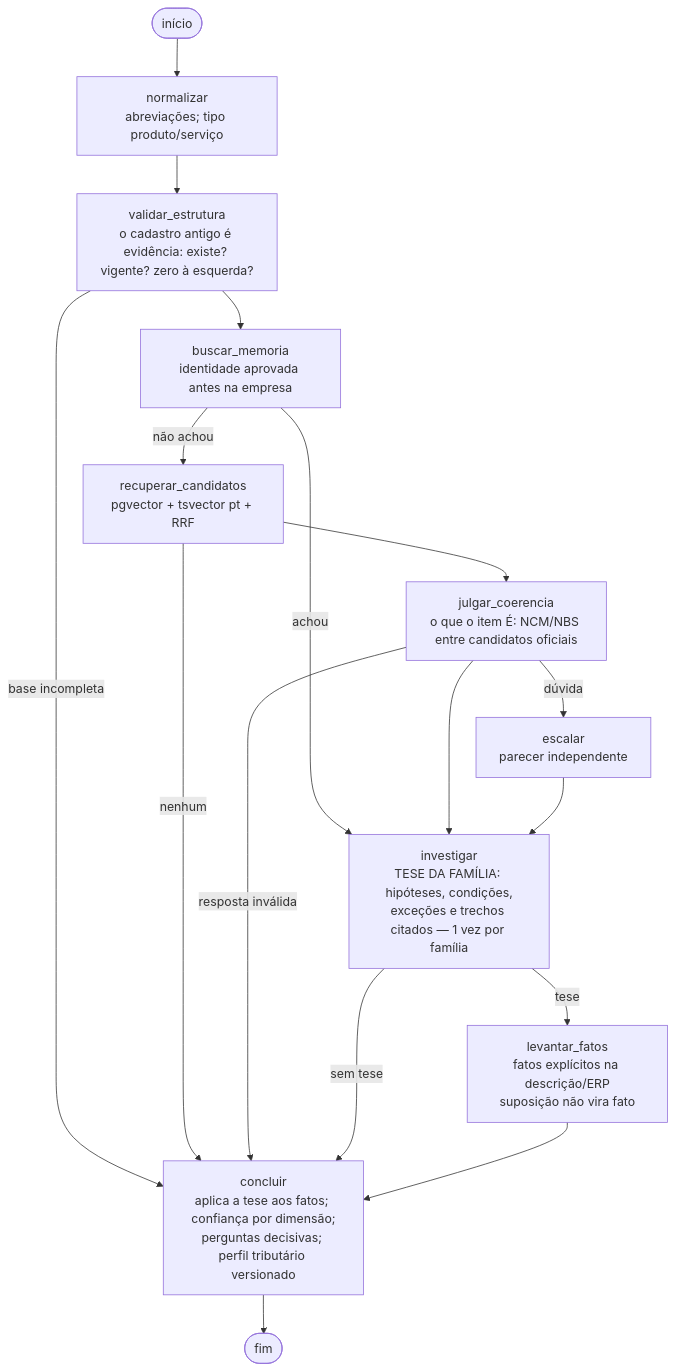
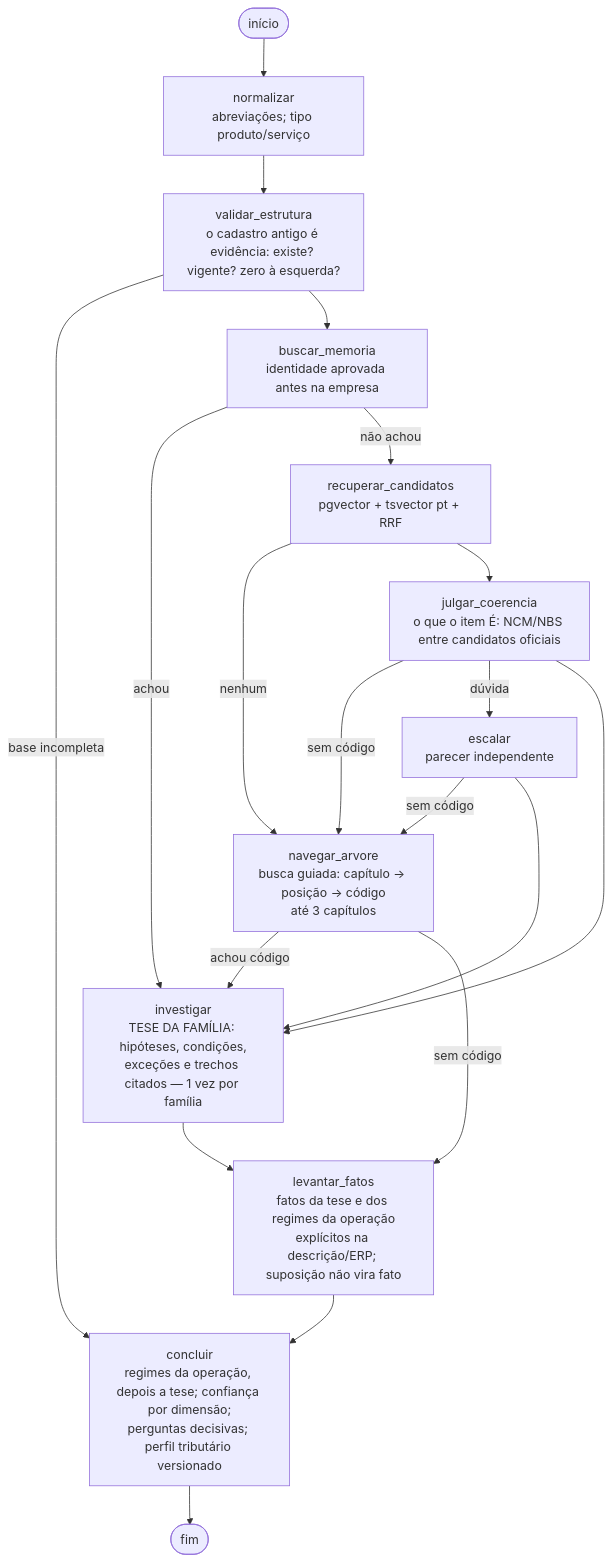
Before and after one commit to leopbar/reformaTribu: the second of 3 diagrams in docs/arquitetura.md, drawn with Mermaid. The commit also changed other lines of this file and 30 other files, not shown here.

First line of the commit message:
Regimes da operação e benefícios pela natureza do produto (ADRs 0026 e 0027)

````diff
--- a/docs/arquitetura.md
+++ b/docs/arquitetura.md
@@ -51,19 +51,21 @@
 ```mermaid
 flowchart TD
   S([início]) --> N[normalizar<br/>abreviações; tipo produto/serviço]
   N --> V[validar_estrutura<br/>o cadastro antigo é evidência: existe? vigente? zero à esquerda?]
   V -- base incompleta --> C
   V --> M[buscar_memoria<br/>identidade aprovada antes na empresa]
   M -- achou --> I
   M -- não achou --> R[recuperar_candidatos<br/>pgvector + tsvector pt + RRF]
-  R -- nenhum --> C
+  R -- nenhum --> A
   R --> J[julgar_coerencia<br/>o que o item É: NCM/NBS entre candidatos oficiais]
-  J -- resposta inválida --> C
+  J -- sem código --> A[navegar_arvore<br/>busca guiada: capítulo → posição → código<br/>até 3 capítulos]
   J -- dúvida --> X[escalar<br/>parecer independente]
   J --> I
+  X -- sem código --> A
   X --> I[investigar<br/>TESE DA FAMÍLIA: hipóteses, condições,<br/>exceções e trechos citados — 1 vez por família]
-  I -- tese --> L[levantar_fatos<br/>fatos explícitos na descrição/ERP<br/>suposição não vira fato]
-  I -- sem tese --> C
-  L --> C[concluir<br/>aplica a tese aos fatos; confiança por dimensão;<br/>perguntas decisivas; perfil tributário versionado]
+  A -- achou código --> I
+  A -- sem código --> L
+  I --> L[levantar_fatos<br/>fatos da tese e dos regimes da operação<br/>explícitos na descrição/ERP; suposição não vira fato]
+  L --> C[concluir<br/>regimes da operação, depois a tese; confiança por dimensão;<br/>perguntas decisivas; perfil tributário versionado]
   C --> F([fim])
 ```
````
